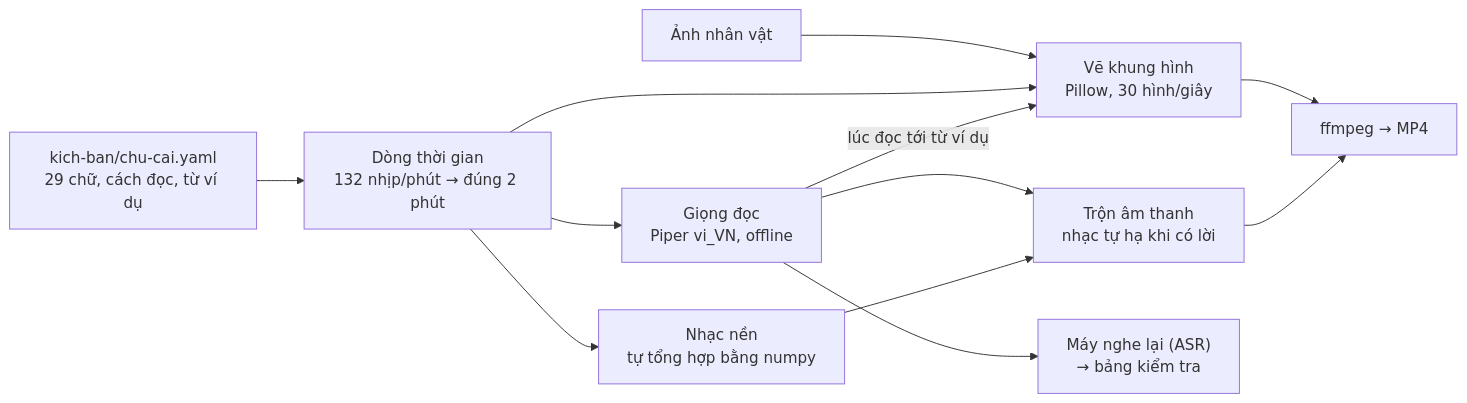
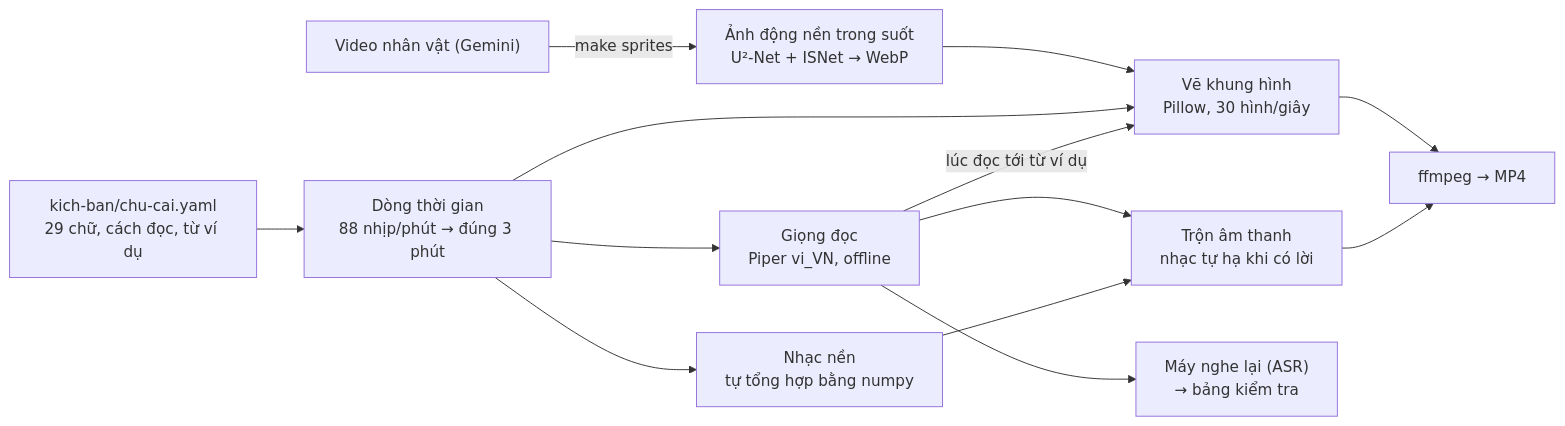
Before and after one commit to superken-python/ai-architecture: the diagram in projects/g9-video-chu-cai/README.md, drawn with Mermaid. The commit also changed other lines of this file and 37 other files, not shown here.

````diff
--- a/projects/g9-video-chu-cai/README.md
+++ b/projects/g9-video-chu-cai/README.md
@@ -39,14 +41,15 @@
 ```mermaid
 flowchart LR
-    K["kich-ban/chu-cai.yaml<br/>29 chữ, cách đọc, từ ví dụ"] --> T["Dòng thời gian<br/>132 nhịp/phút → đúng 2 phút"]
+    K["kich-ban/chu-cai.yaml<br/>29 chữ, cách đọc, từ ví dụ"] --> T["Dòng thời gian<br/>88 nhịp/phút → đúng 3 phút"]
     T --> V["Giọng đọc<br/>Piper vi_VN, offline"]
     T --> M["Nhạc nền<br/>tự tổng hợp bằng numpy"]
     V --> X["Trộn âm thanh<br/>nhạc tự hạ khi có lời"]
     M --> X
-    N["Ảnh nhân vật"] --> R["Vẽ khung hình<br/>Pillow, 30 hình/giây"]
+    G["Video nhân vật (Gemini)"] -- "make sprites" --> N["Ảnh động nền trong suốt<br/>U²-Net + ISNet → WebP"]
+    N --> R["Vẽ khung hình<br/>Pillow, 30 hình/giây"]
     T --> R
     V -- "lúc đọc tới từ ví dụ" --> R
     R --> F["ffmpeg → MP4"]
     X --> F
     V --> Q["Máy nghe lại (ASR)<br/>→ bảng kiểm tra"]
 ```
````
